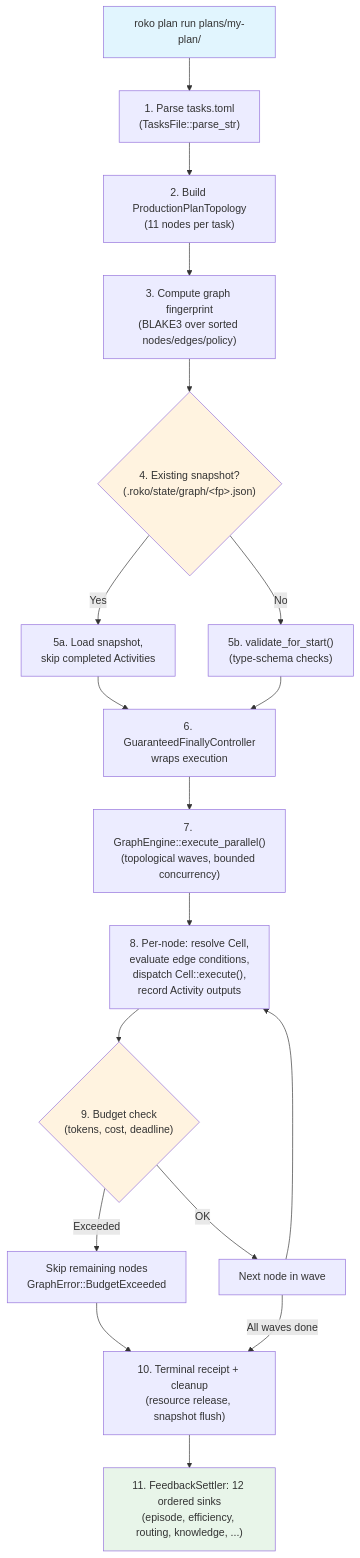
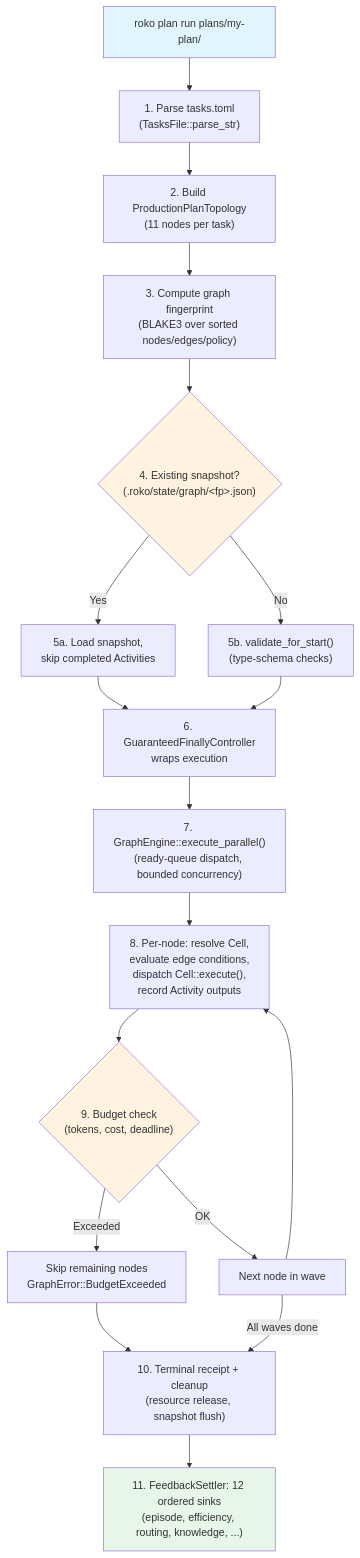
Before and after one commit to wpank/roko: the second of 6 diagrams in docs/v3/03-GRAPH.md, drawn with Mermaid. The commit also changed other lines of this file and 3 other files, not shown here.

First line of the commit message:
docs(v3): the Graph engine starts each node when its dependencies settle

````diff
--- a/docs/v3/03-GRAPH.md
+++ b/docs/v3/03-GRAPH.md
@@ -306,25 +307,25 @@
 ```mermaid
 flowchart TD
     CLI["roko plan run plans/my-plan/"] --> Parse["1. Parse tasks.toml<br/>(TasksFile::parse_str)"]
     Parse --> Topology["2. Build ProductionPlanTopology<br/>(11 nodes per task)"]
     Topology --> Fingerprint["3. Compute graph fingerprint<br/>(BLAKE3 over sorted nodes/edges/policy)"]
     Fingerprint --> CheckSnap{"4. Existing snapshot?<br/>(.roko/state/graph/&lt;fp&gt;.json)"}
     CheckSnap -->|Yes| Resume["5a. Load snapshot,<br/>skip completed Activities"]
     CheckSnap -->|No| Validate["5b. validate_for_start()<br/>(type-schema checks)"]
     Resume --> Finally["6. GuaranteedFinallyController<br/>wraps execution"]
     Validate --> Finally
-    Finally --> Execute["7. GraphEngine::execute_parallel()<br/>(topological waves, bounded concurrency)"]
+    Finally --> Execute["7. GraphEngine::execute_parallel()<br/>(ready-queue dispatch, bounded concurrency)"]
     Execute --> PerNode["8. Per-node: resolve Cell,<br/>evaluate edge conditions,<br/>dispatch Cell::execute(),<br/>record Activity outputs"]
     PerNode --> Budget{"9. Budget check<br/>(tokens, cost, deadline)"}
     Budget -->|Exceeded| Skip["Skip remaining nodes<br/>GraphError::BudgetExceeded"]
     Budget -->|OK| NextNode["Next node in wave"]
     NextNode --> PerNode
     Skip --> Receipt["10. Terminal receipt + cleanup<br/>(resource release, snapshot flush)"]
     NextNode -->|All waves done| Receipt
     Receipt --> Feedback["11. FeedbackSettler: 12 ordered sinks<br/>(episode, efficiency, routing, knowledge, ...)"]
 
     style CLI fill:#e1f5fe
     style CheckSnap fill:#fff3e0
     style Budget fill:#fff3e0
     style Feedback fill:#e8f5e9
 ```
````
